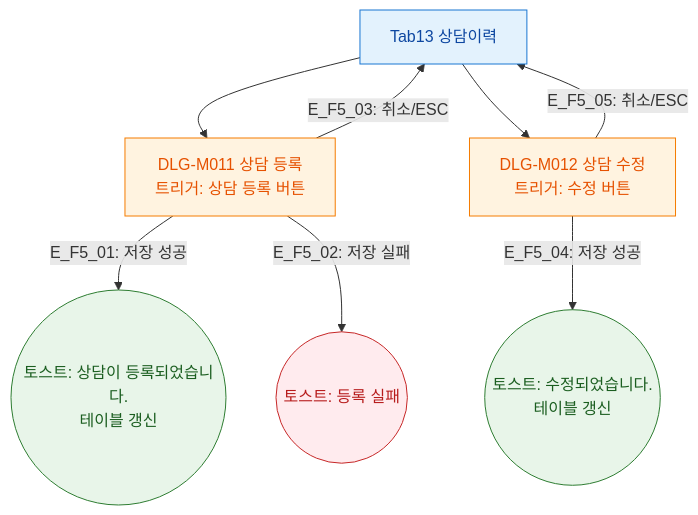
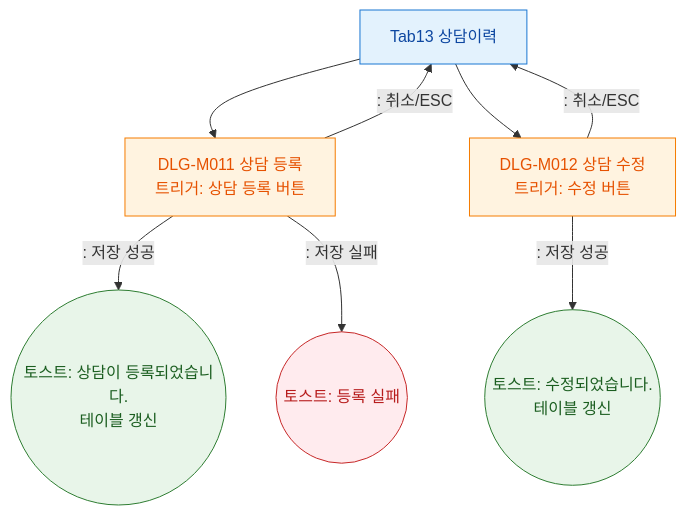
One commit to dev-spogym/admin-pando changed the diagram in docs/다이어그램/D02_회원관리/SCR-M004_회원상세/Tab13_상담이력/F5_모달트리거.md. Above: the diagram before and after it, drawn with Mermaid. The commit also changed other lines of this file and 1660 other files, not shown here.

First line of the commit message:
다이어그램: 기획자/클라이언트 납품본으로 정리

````diff
--- a/docs/다이어그램/D02_회원관리/SCR-M004_회원상세/Tab13_상담이력/F5_모달트리거.md
+++ b/docs/다이어그램/D02_회원관리/SCR-M004_회원상세/Tab13_상담이력/F5_모달트리거.md
@@ -22,21 +20,21 @@
 ```mermaid
 flowchart TD
   TAB[Tab13 상담이력] --> DLG_M011[DLG-M011 상담 등록\n트리거: 상담 등록 버튼]
   TAB --> DLG_M012[DLG-M012 상담 수정\n트리거: 수정 버튼]
 
-  DLG_M011 -->|"E_F5_01: 저장 성공"| OK1((토스트: 상담이 등록되었습니다.\n테이블 갱신))
-  DLG_M011 -->|"E_F5_02: 저장 실패"| ERR1((토스트: 등록 실패))
-  DLG_M011 -->|"E_F5_03: 취소/ESC"| TAB
+  DLG_M011 -->|": 저장 성공"|OK1((토스트: 상담이 등록되었습니다.\n테이블 갱신))
+  DLG_M011 -->|": 저장 실패"|ERR1((토스트: 등록 실패))
+  DLG_M011 -->|": 취소/ESC"|TAB
 
-  DLG_M012 -->|"E_F5_04: 저장 성공"| OK2((토스트: 수정되었습니다.\n테이블 갱신))
-  DLG_M012 -->|"E_F5_05: 취소/ESC"| TAB
+  DLG_M012 -->|": 저장 성공"|OK2((토스트: 수정되었습니다.\n테이블 갱신))
+  DLG_M012 -->|": 취소/ESC"|TAB
 
   classDef screen fill:#E3F2FD,stroke:#1976D2,color:#0D47A1
   classDef modal fill:#FFF3E0,stroke:#F57C00,color:#E65100
   classDef success fill:#E8F5E9,stroke:#2E7D32,color:#1B5E20
   classDef error fill:#FFEBEE,stroke:#C62828,color:#B71C1C
   class TAB screen
   class DLG_M011,DLG_M012 modal
   class OK1,OK2 success
   class ERR1 error
 ```
````
